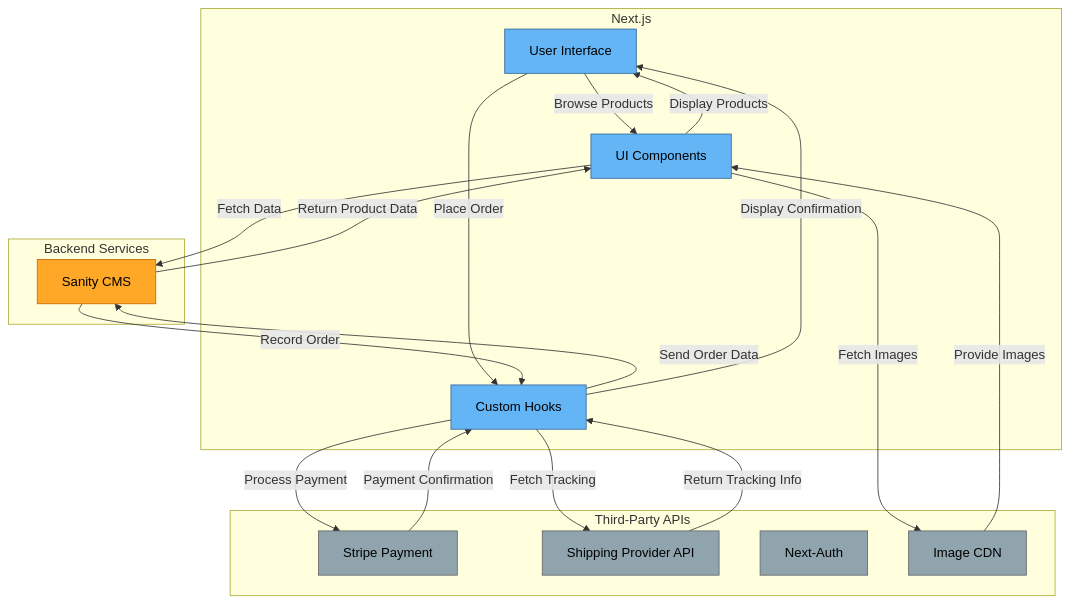
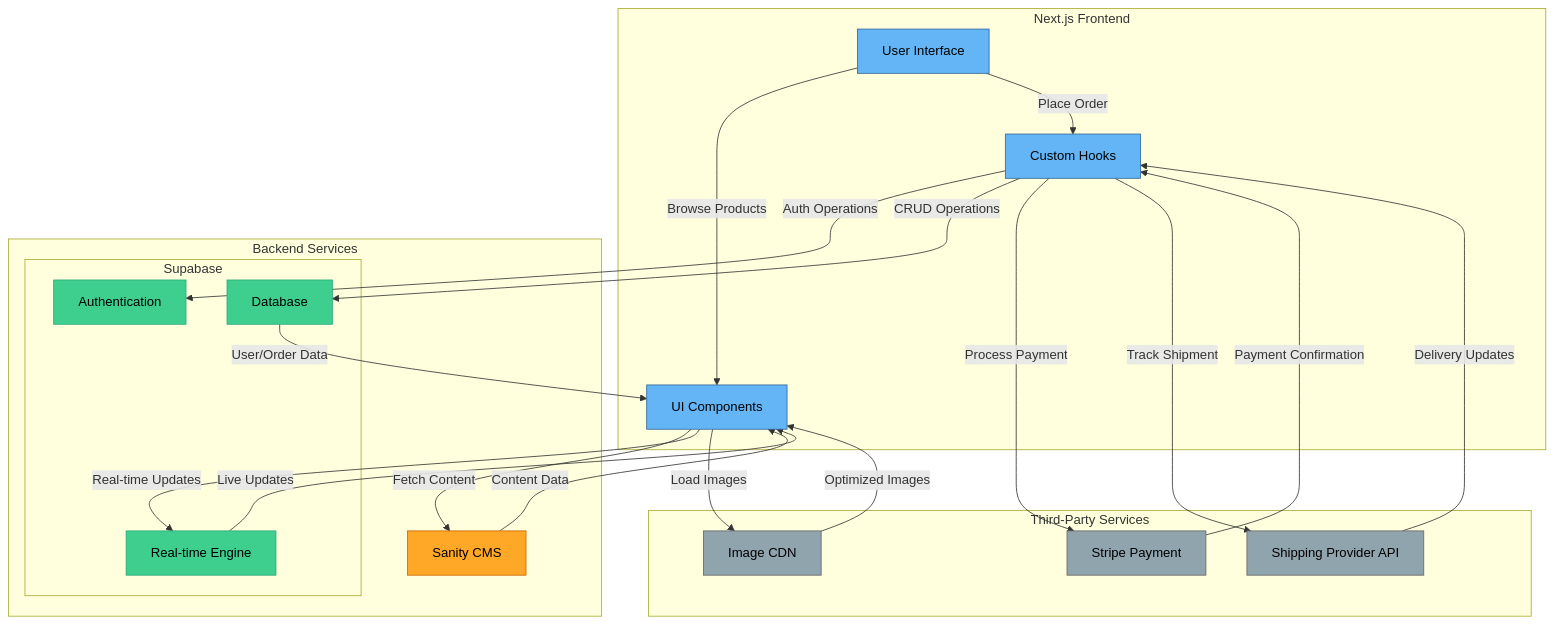
The first of 4 diagrams in Day2/README.md (Zain-Ul-Abideen00/premium-lifestyle-footwear-marketplace), drawn with Mermaid before and after one commit. The commit also changed other lines of this file and 21 other files, not shown here.

````diff
--- a/Day2/README.md
+++ b/Day2/README.md
@@ -8,44 +9,50 @@
 ```mermaid
 graph TB
 
     %% Define classes with fill colors
     classDef frontend fill:#64B5F6, stroke:#336699, color:black
     classDef backend fill:#FFA726, stroke:#CC6600, color:black
     classDef thirdParty fill:#90A4AE, stroke:#666666, color:black
+    classDef supabase fill:#3ECF8E, stroke:#2EA97D, color:black
 
     %% Frontend subgraph
-    subgraph Frontend[Next.js]
+    subgraph Frontend[Next.js Frontend]
         UI[User Interface]:::frontend
         COMP[UI Components]:::frontend
         HOOKS[Custom Hooks]:::frontend
     end
 
     %% Backend Services subgraph
-    subgraph Backend Services
+    subgraph Backend[Backend Services]
         SANITY[Sanity CMS]:::backend
+        subgraph Supabase[Supabase]
+            AUTH[Authentication]:::supabase
+            DB[Database]:::supabase
+            REALTIME[Real-time Engine]:::supabase
+        end
     end
 
     %% Third-Party APIs subgraph
-    subgraph Third-Party APIs
+    subgraph ThirdParty[Third-Party Services]
         STRIPE[Stripe Payment]:::thirdParty
         SHIPPING[Shipping Provider API]:::thirdParty
-        NEXTAUTH[Next-Auth]:::thirdParty
         CDN[Image CDN]:::thirdParty
     end
 
     %% Interactions
     UI -->|Browse Products| COMP
-    COMP -->|Fetch Data| SANITY
-    SANITY -->|Return Product Data| COMP
-    COMP -->|Display Products| UI
+    COMP -->|Fetch Content| SANITY
+    COMP -->|Real-time Updates| REALTIME
+    HOOKS -->|Auth Operations| AUTH
+    HOOKS -->|CRUD Operations| DB
+    SANITY -->|Content Data| COMP
+    DB -->|User/Order Data| COMP
+    REALTIME -->|Live Updates| COMP
     UI -->|Place Order| HOOKS
-    HOOKS -->|Send Order Data| SANITY
-    SANITY -->|Record Order| HOOKS
-    HOOKS -->|Fetch Tracking| SHIPPING
-    SHIPPING -->|Return Tracking Info| HOOKS
     HOOKS -->|Process Payment| STRIPE
     STRIPE -->|Payment Confirmation| HOOKS
-    HOOKS -->|Display Confirmation| UI
-    COMP -->|Fetch Images| CDN
-    CDN -->|Provide Images| COMP
+    HOOKS -->|Track Shipment| SHIPPING
+    SHIPPING -->|Delivery Updates| HOOKS
+    COMP -->|Load Images| CDN
+    CDN -->|Optimized Images| COMP
 ```
````
